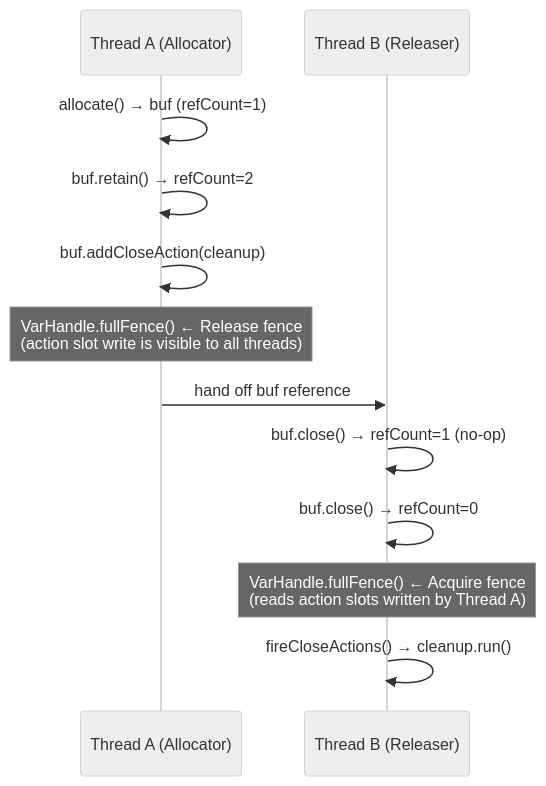
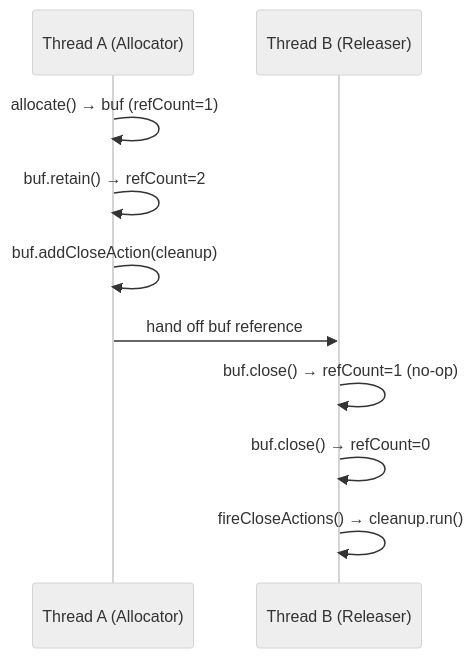
One commit to exeris-systems/exeris-kernel changed the first of 3 diagrams in docs/subsystems/memory.md. Above: the diagram before and after it, drawn with Mermaid (neutral theme). The commit also changed other lines of this file and 6 other files, not shown here.

````diff
--- a/docs/subsystems/memory.md
+++ b/docs/subsystems/memory.md
@@ -114,15 +114,13 @@
 ```mermaid
 sequenceDiagram
     participant A as Thread A (Allocator)
     participant B as Thread B (Releaser)
 
     A->>A: allocate() → buf (refCount=1)
     A->>A: buf.retain() → refCount=2
     A->>A: buf.addCloseAction(cleanup)
-    Note over A: VarHandle.fullFence() ← Release fence<br/>(action slot write is visible to all threads)
     A->>B: hand off buf reference
     B->>B: buf.close() → refCount=1  (no-op)
     B->>B: buf.close() → refCount=0
-    Note over B: VarHandle.fullFence() ← Acquire fence<br/>(reads action slots written by Thread A)
     B->>B: fireCloseActions() → cleanup.run()
 ```
````
